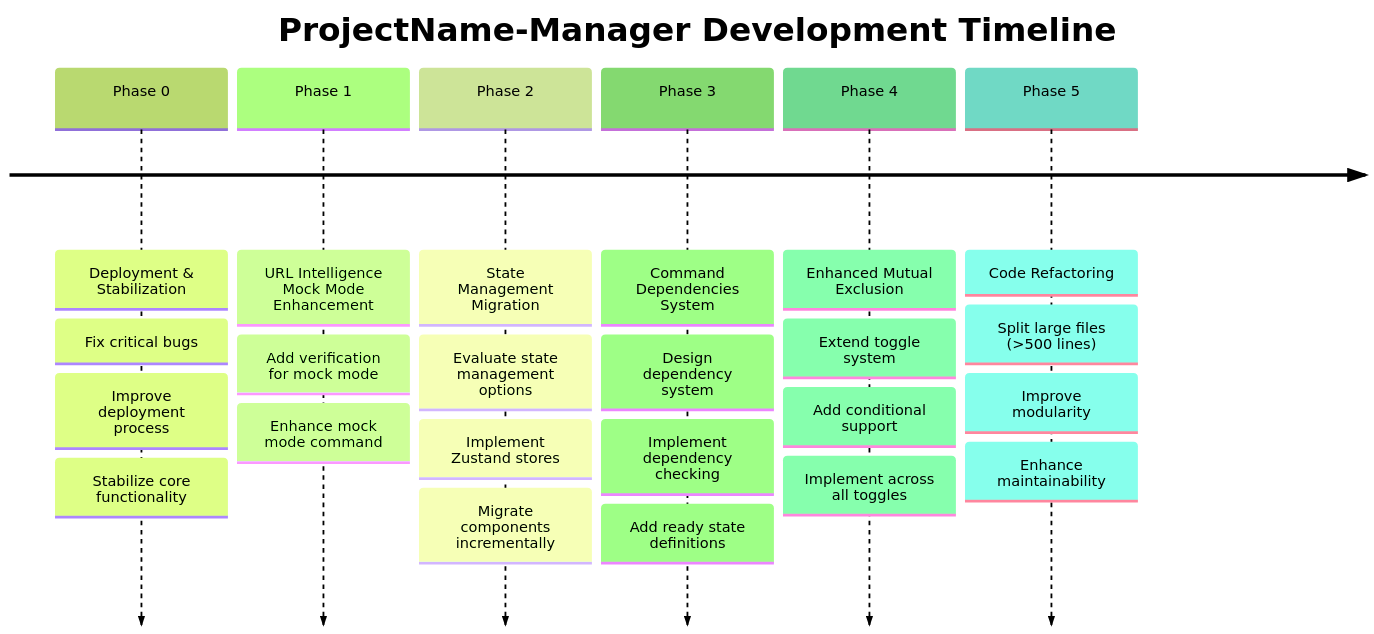
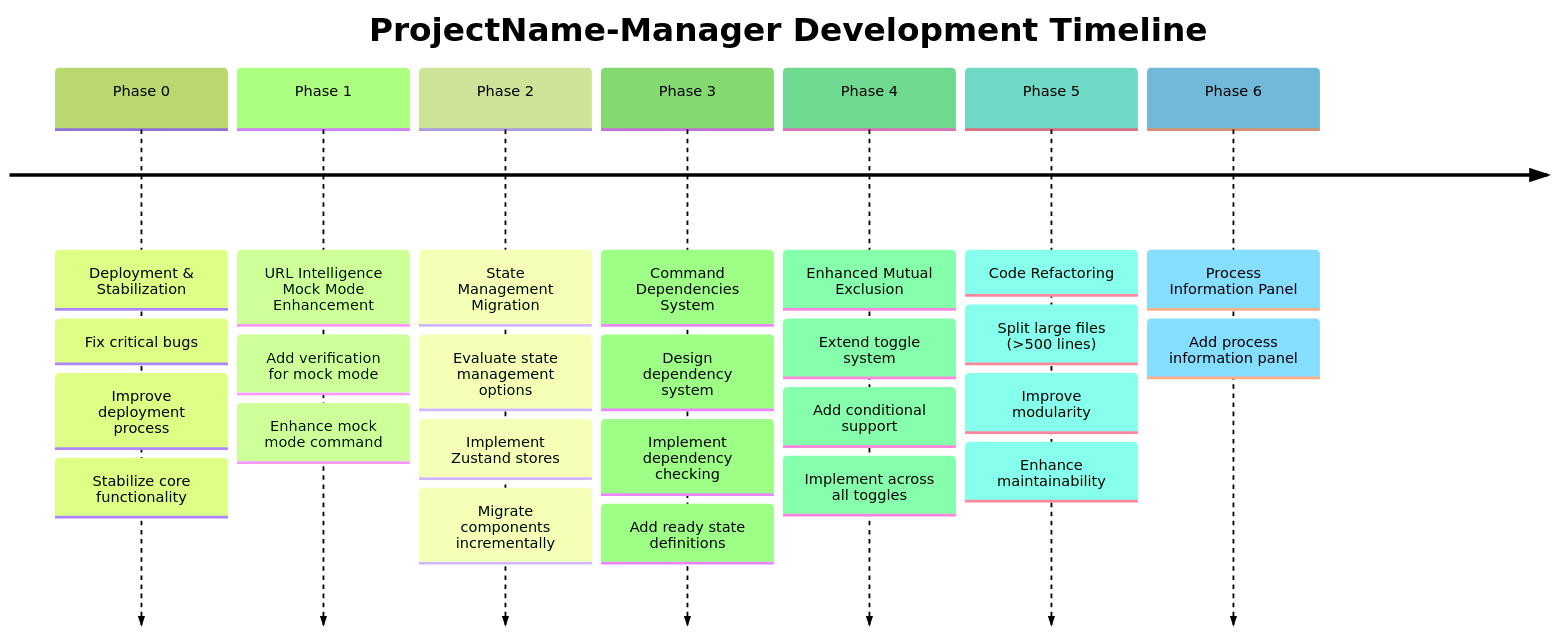
The diagram in roadmap.md (sagy101/ProjectName-Manager), drawn with Mermaid (forest theme) before and after one commit. The commit also changed other lines of this file and 1 other file, not shown here.

Commit message:
move process info panel to phase 6

````diff
--- a/roadmap.md
+++ b/roadmap.md
@@ -7,33 +7,35 @@
 ```mermaid
 timeline
     title ProjectName-Manager Development Timeline
     
     Phase 0 : Deployment & Stabilization
            : Fix critical bugs
            : Improve deployment process
            : Stabilize core functionality
     
     Phase 1 : URL Intelligence Mock Mode Enhancement
            : Add verification for mock mode
            : Enhance mock mode command
            
     Phase 2 : State Management Migration  
            : Evaluate state management options
            : Implement Zustand stores
            : Migrate components incrementally
            
     Phase 3 : Command Dependencies System
            : Design dependency system
            : Implement dependency checking
            : Add ready state definitions
            
     Phase 4 : Enhanced Mutual Exclusion
            : Extend toggle system
            : Add conditional support
            : Implement across all toggles
            
     Phase 5 : Code Refactoring
            : Split large files (>500 lines)
            : Improve modularity
            : Enhance maintainability
+    Phase 6 : Process Information Panel
+           : Add process information panel
 ```
````
